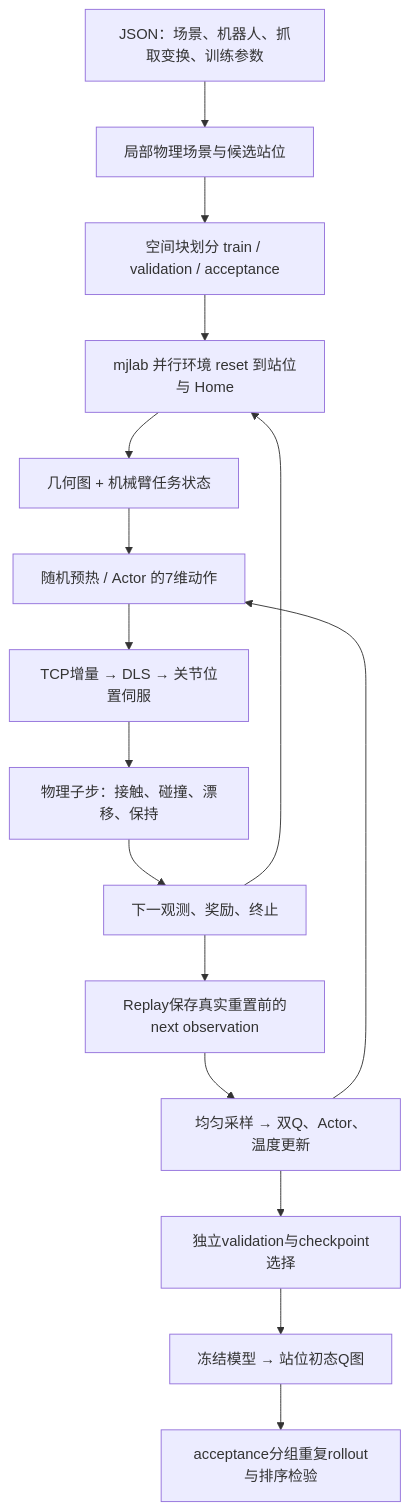
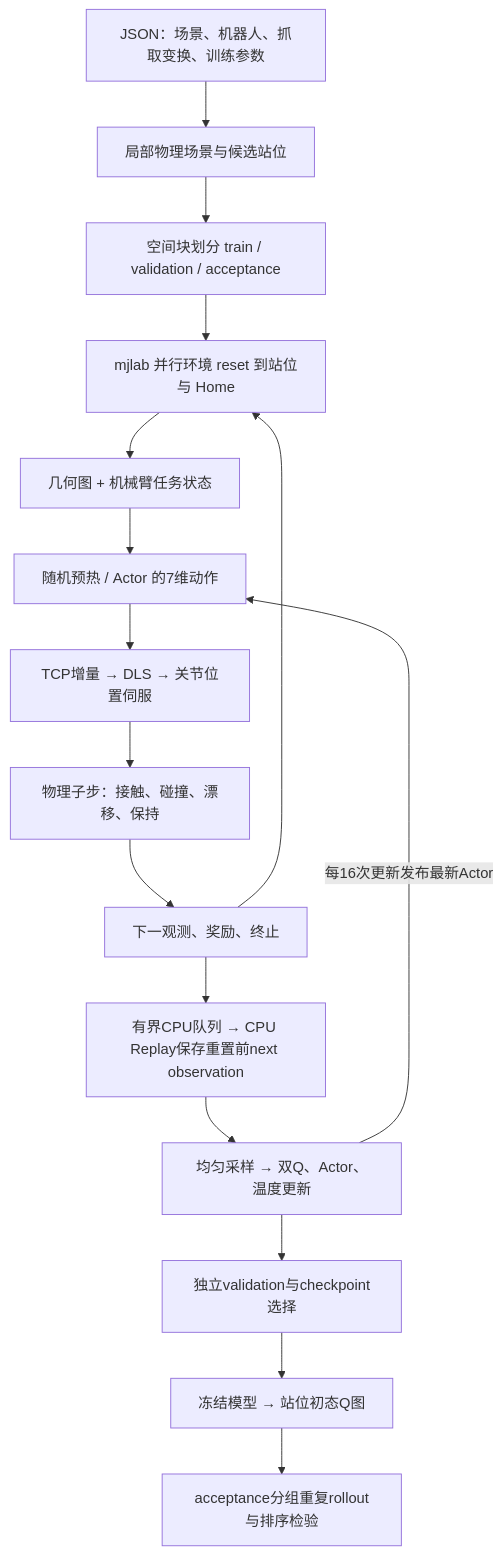
Before and after one commit to yifanwin/LastMileDataFlow: the diagram in reports/rl-station-map/docs/02-algorithm-training-pipeline.md, drawn with Mermaid. The commit also changed other lines of this file and 14 other files, not shown here.

````diff
--- a/reports/rl-station-map/docs/02-algorithm-training-pipeline.md
+++ b/reports/rl-station-map/docs/02-algorithm-training-pipeline.md
@@ -18,18 +20,18 @@
 ```mermaid
 flowchart TD
     A[JSON：场景、机器人、抓取变换、训练参数] --> B[局部物理场景与候选站位]
     B --> C[空间块划分 train / validation / acceptance]
     C --> D[mjlab 并行环境 reset 到站位与 Home]
     D --> E[几何图 + 机械臂任务状态]
     E --> F[随机预热 / Actor 的7维动作]
     F --> G[TCP增量 → DLS → 关节位置伺服]
     G --> H[物理子步：接触、碰撞、漂移、保持]
     H --> I[下一观测、奖励、终止]
-    I --> J[Replay保存真实重置前的next observation]
+    I --> J[有界CPU队列 → CPU Replay保存重置前next observation]
     I --> D
     J --> K[均匀采样 → 双Q、Actor、温度更新]
-    K --> F
+    K --> |每16次更新发布最新Actor| F
     K --> L[独立validation与checkpoint选择]
     L --> M[冻结模型 → 站位初态Q图]
     M --> N[acceptance分组重复rollout与排序检验]
 ```
````
